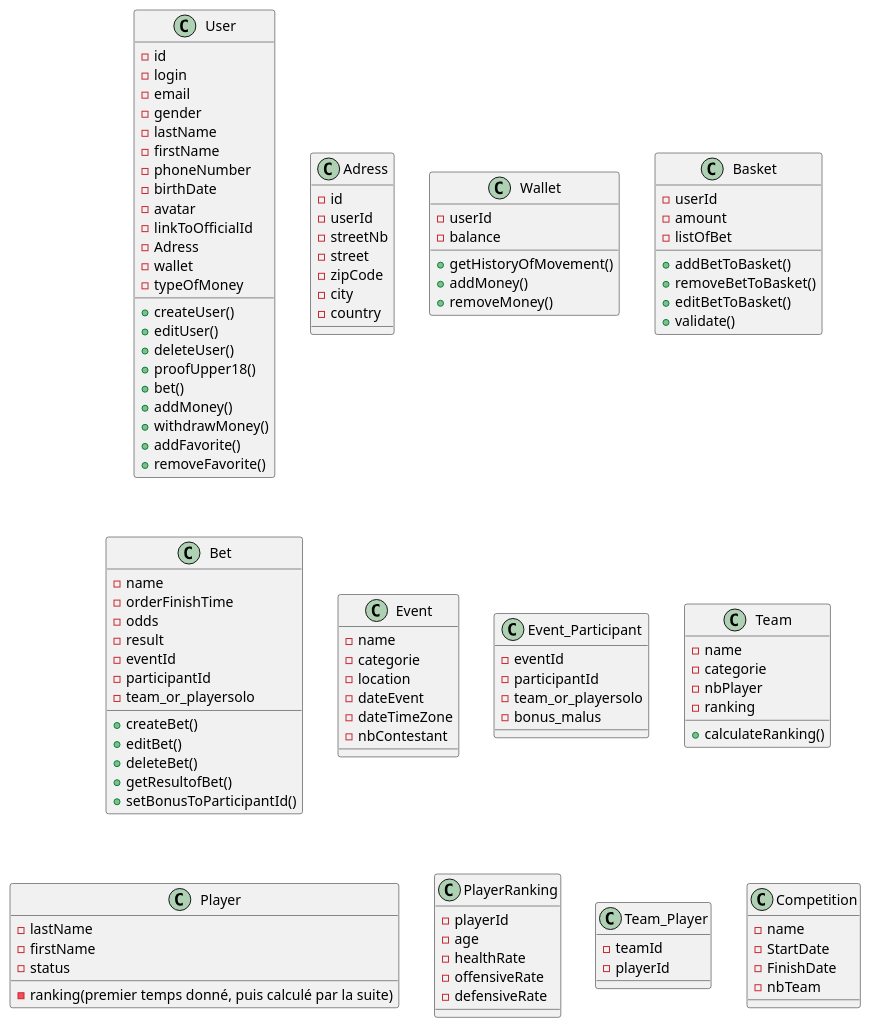
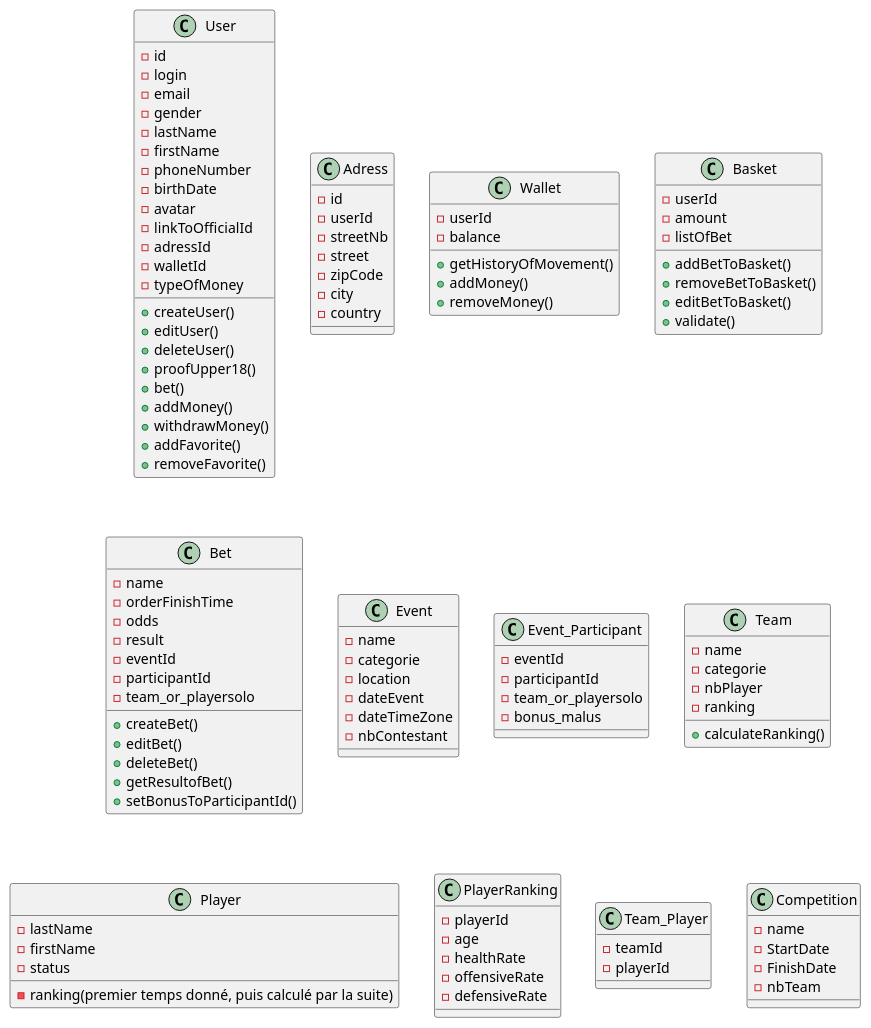
One commit to OFP-CDA-Mulhouse-2020/parisportif2 changed the diagram in diagram_class/parisportif_2.plantuml. Above: the diagram before and after it, drawn with PlantUML. The commit also changed 2 other files, not shown here.

Commit message:
uml wip add methods and cardinality and relation

```diff
--- a/diagram_class/parisportif_2.plantuml
+++ b/diagram_class/parisportif_2.plantuml
@@ -1,132 +1,132 @@
 @startuml parisportif
 
 class User{
     - id
     - login
     - email
     - gender
     - lastName
     - firstName
     - phoneNumber
     - birthDate
     - avatar
     - linkToOfficialId
-    - Adress
-    - wallet
+    - adressId
+    - walletId
     - typeOfMoney
 
     + createUser()
     + editUser()
     + deleteUser()
     + proofUpper18()
     + bet()
     + addMoney()
     + withdrawMoney()
     + addFavorite()
     + removeFavorite()
 }
 
 class Adress{
     - id
     - userId
     - streetNb
     - street
     - zipCode
     - city
     - country
 }
-
 
 class Wallet{
     - userId
     - balance
 
     + getHistoryOfMovement()
     + addMoney()
     + removeMoney()
 }
 
 class Basket{
     - userId
     - amount
     - listOfBet
 
     + addBetToBasket()
     + removeBetToBasket()
     + editBetToBasket()
     + validate()
 }
 
 
 
 class Bet{
     - name
     - orderFinishTime
     - odds
     - result
     - eventId
     - participantId
     - team_or_playersolo
 
 
     + createBet()
     + editBet()
     + deleteBet()
     + getResultofBet()
     + setBonusToParticipantId()
 }
 
 
 class Event{
     - name
     - categorie
     - location
     - dateEvent
     - dateTimeZone
     - nbContestant
 }
 
 class Event_Participant{
     - eventId
     - participantId
     - team_or_playersolo
     - bonus_malus
 }
 
 class Team{
     - name
     - categorie
     - nbPlayer
     - ranking
 
     + calculateRanking()
 }
 
 class Player{
     - lastName
     - firstName
     - status
     - ranking(premier temps donné, puis calculé par la suite)
 }
 
 class PlayerRanking{
     - playerId
     - age
     - healthRate
     - offensiveRate
     - defensiveRate
 }
 
 class Team_Player{
     - teamId
     - playerId
 }
 
 class Competition{
     - name
     - StartDate
     - FinishDate
     - nbTeam
 }
 
+
 @enduml
```
